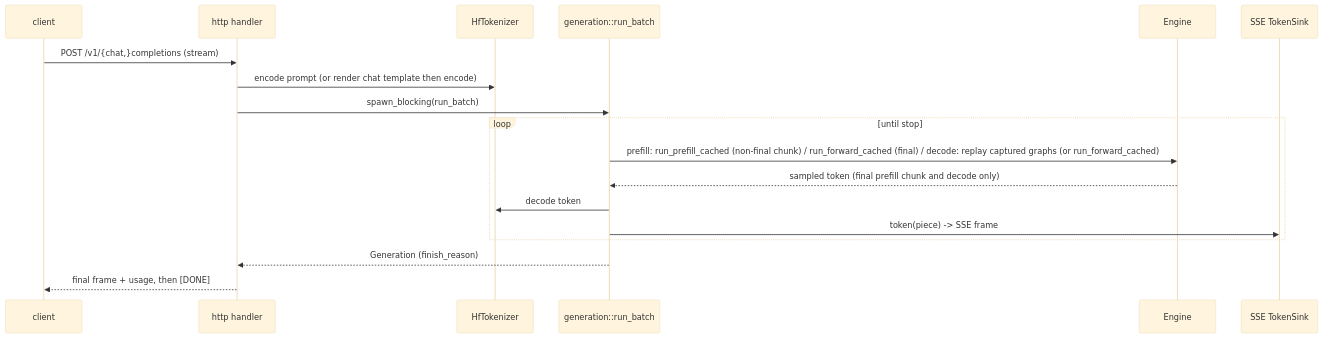
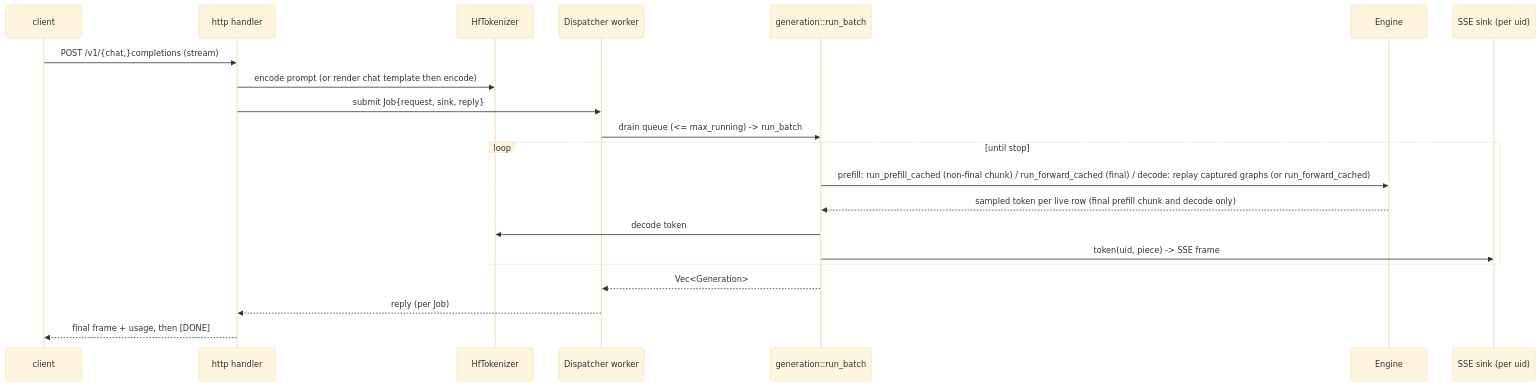
One commit to butzist/ferrum-torrens changed diagram 15 of 17 in ARCHITECTURE.md. Above: the diagram before and after it, drawn with Mermaid (base theme). The commit also changed other lines of this file and 10 other files, not shown here.

First line of the commit message:
feat(server): batch queued requests on one dispatcher worker

````diff
--- a/ARCHITECTURE.md
+++ b/ARCHITECTURE.md
@@ -629,20 +635,23 @@
 ```mermaid
 sequenceDiagram
   participant C as client
   participant H as http handler
   participant T as HfTokenizer
+  participant D as Dispatcher worker
   participant G as generation::run_batch
   participant E as Engine
-  participant Sink as SSE TokenSink
+  participant Sink as SSE sink (per uid)
   C->>H: POST /v1/{chat,}completions (stream)
   H->>T: encode prompt (or render chat template then encode)
-  H->>G: spawn_blocking(run_batch)
+  H->>D: submit Job{request, sink, reply}
+  D->>G: drain queue (<= max_running) -> run_batch
   loop until stop
     G->>E: prefill: run_prefill_cached (non-final chunk) / run_forward_cached (final) / decode: replay captured graphs (or run_forward_cached)
-    E-->>G: sampled token (final prefill chunk and decode only)
+    E-->>G: sampled token per live row (final prefill chunk and decode only)
     G->>T: decode token
-    G->>Sink: token(piece) -> SSE frame
+    G->>Sink: token(uid, piece) -> SSE frame
   end
-  G-->>H: Generation (finish_reason)
+  G-->>D: Vec<Generation>
+  D-->>H: reply (per Job)
   H-->>C: final frame + usage, then [DONE]
 ```
````
